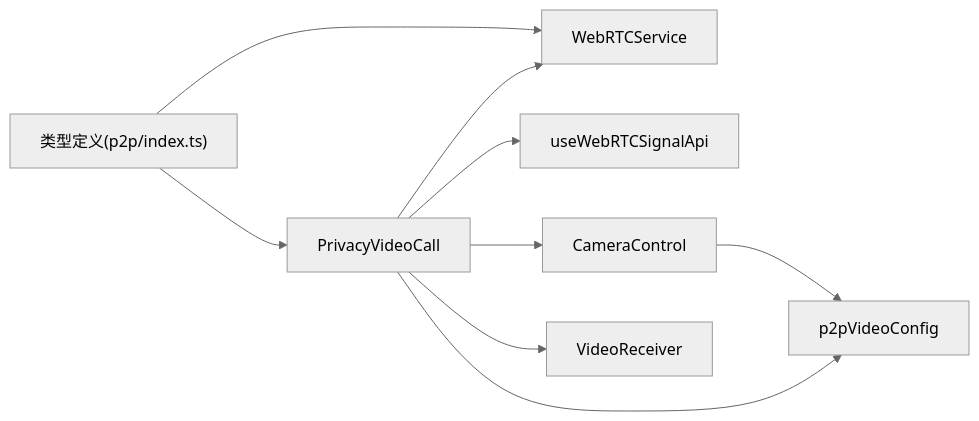
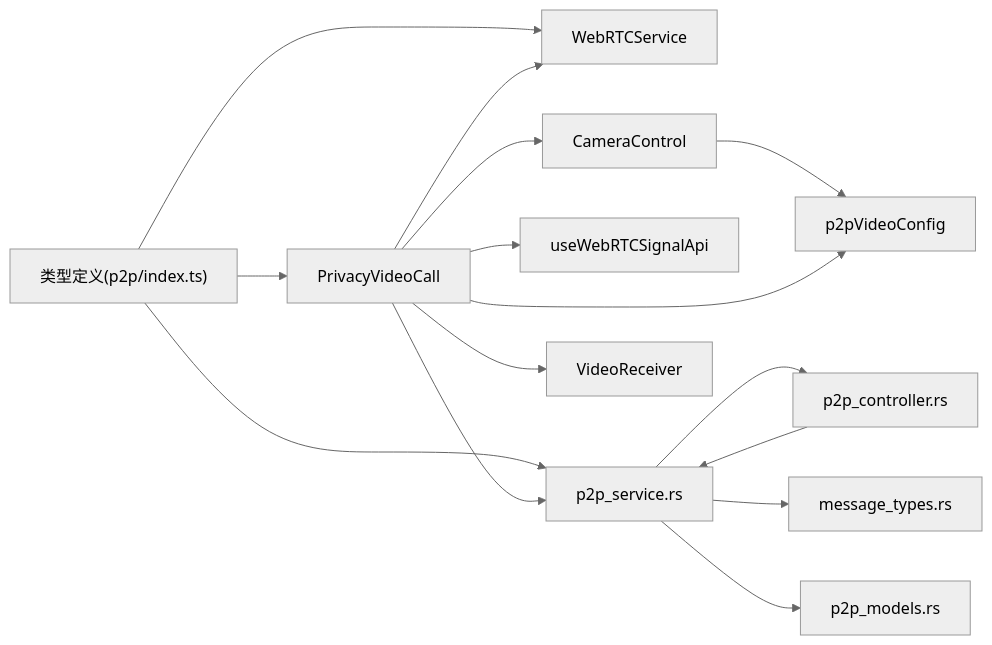
The eighth of 8 diagrams in .qoder/repowiki/zh/content/UI组件库/媒体组件.md (nicolastinger/only-talk-app), drawn with Mermaid (neutral theme) before and after one commit. The commit also changed other lines of this file and 12 other files, not shown here.

````diff
--- a/.qoder/repowiki/zh/content/UI组件库/媒体组件.md
+++ b/.qoder/repowiki/zh/content/UI组件库/媒体组件.md
@@ -291,11 +413,17 @@
 ```mermaid
 graph LR
 TYPES["类型定义(p2p/index.ts)"] --> PVC["PrivacyVideoCall"]
 TYPES --> WRS["WebRTCService"]
+TYPES --> P2PS["p2p_service.rs"]
 PVC --> WRS
 PVC --> UWSA["useWebRTCSignalApi"]
 PVC --> CC["CameraControl"]
 PVC --> VR["VideoReceiver"]
+PVC --> P2PS
 CC --> P2PVC["p2pVideoConfig"]
 PVC --> P2PVC
+P2PS --> P2PCTRL["p2p_controller.rs"]
+P2PS --> MSGTYPE["message_types.rs"]
+P2PS --> P2PMODEL["p2p_models.rs"]
+P2PCTRL --> P2PS
 ```
````
